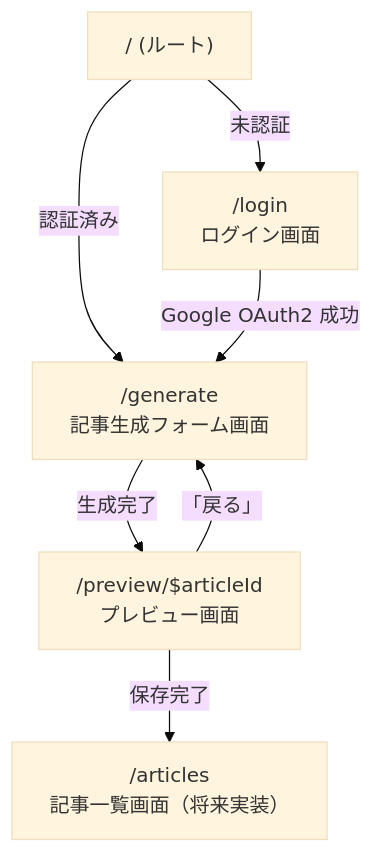
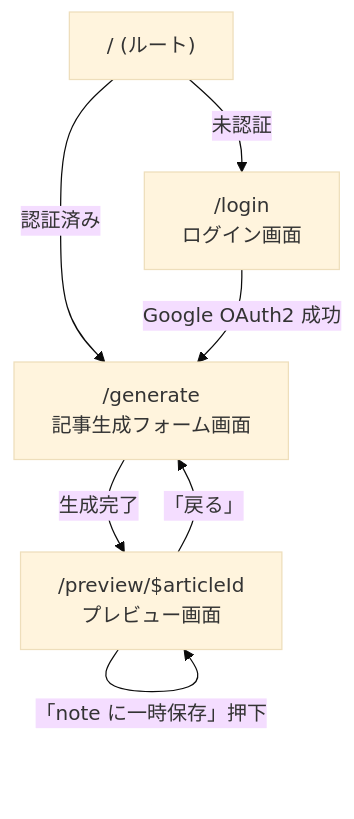
One commit to kounosukeshibata/note-auto-create-articles changed the fourth of 4 diagrams in docs/design.md. Above: the diagram before and after it, drawn with Mermaid (base theme). The commit also changed other lines of this file and 134 other files, not shown here.

````diff
--- a/docs/design.md
+++ b/docs/design.md
@@ -349,9 +353,9 @@
 ```mermaid
 flowchart TD
     A["/ (ルート)"] -->|未認証| B["/login\nログイン画面"]
     A -->|認証済み| C["/generate\n記事生成フォーム画面"]
     B -->|Google OAuth2 成功| C
     C -->|生成完了| D["/preview/$articleId\nプレビュー画面"]
-    D -->|保存完了| E["/articles\n記事一覧画面（将来実装）"]
+    D -->|「note に一時保存」押下| D
     D -->|「戻る」| C
 ```
````
